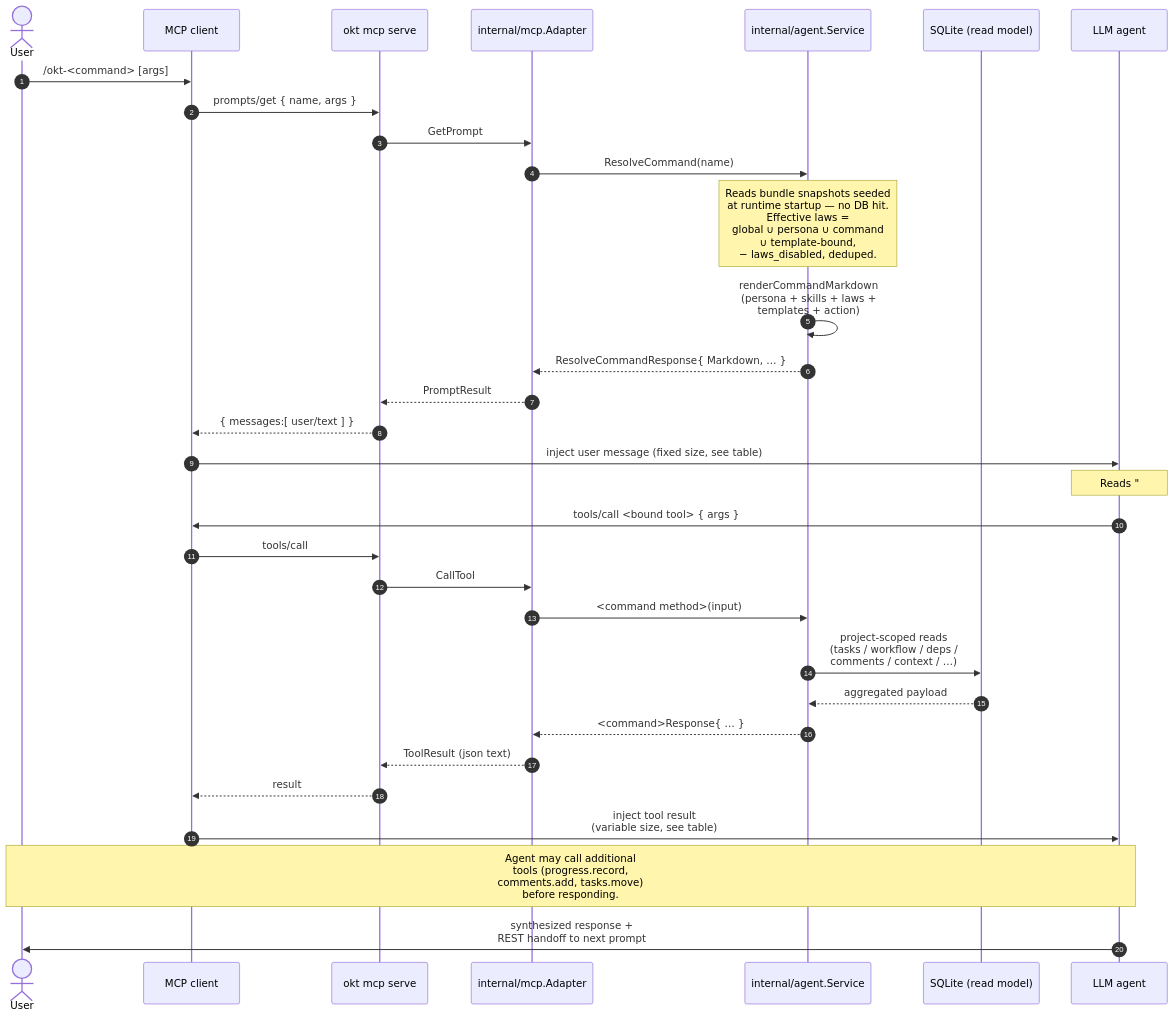
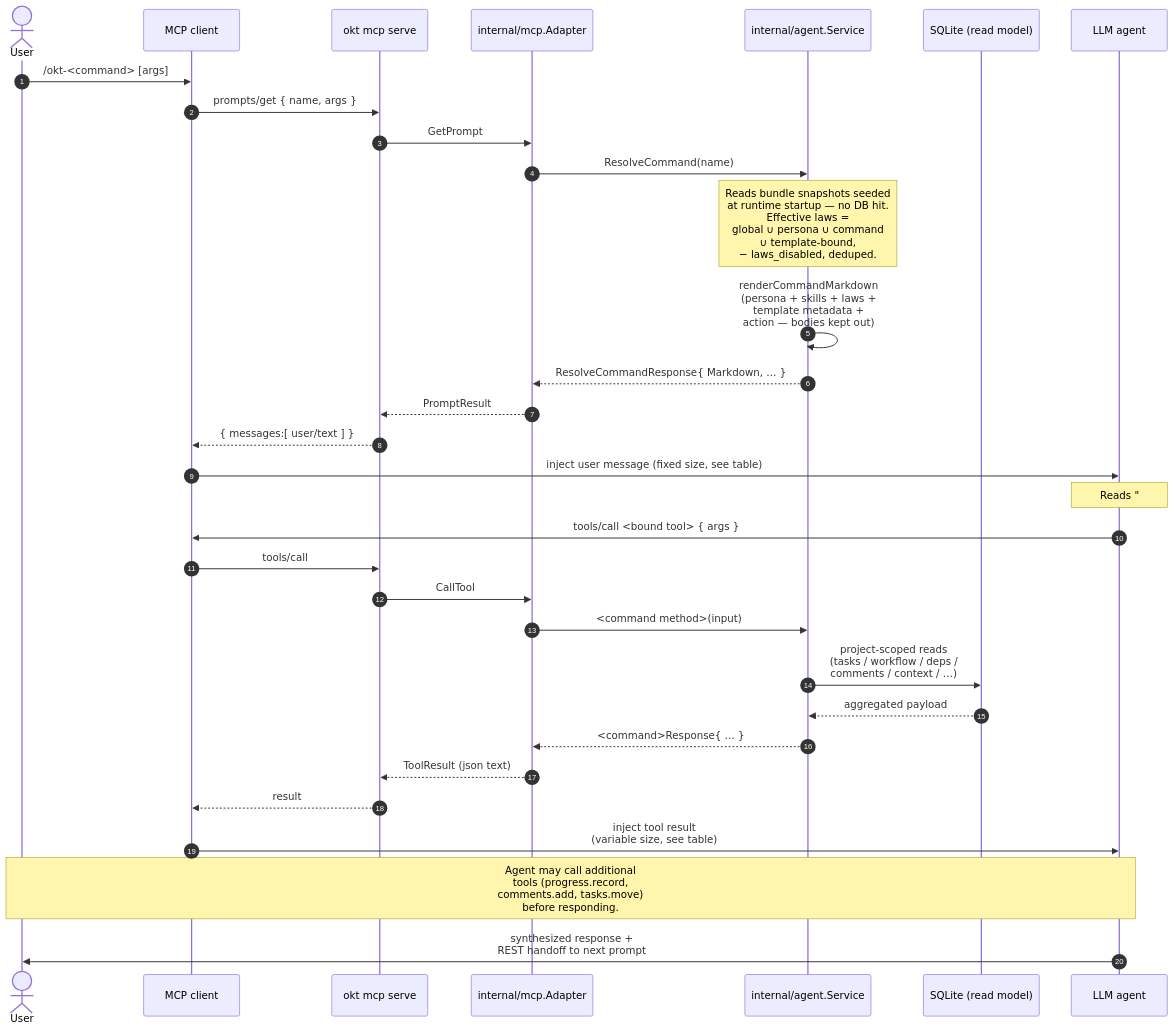
One commit to This-Is-NPC/omakiten changed the diagram in .docs/mcp-guide.md. Above: the diagram before and after it, drawn with Mermaid. The commit also changed other lines of this file and 3 other files, not shown here.

First line of the commit message:
docs: add micro-examples to laws and explain JIT template pattern

````diff
--- a/.docs/mcp-guide.md
+++ b/.docs/mcp-guide.md
@@ -141,42 +141,42 @@
 ```mermaid
 sequenceDiagram
     autonumber
     actor User
     participant Client as MCP client
     participant Server as okt mcp serve
     participant Adapter as internal/mcp.Adapter
     participant Service as internal/agent.Service
     participant Store as SQLite (read model)
     participant Agent as LLM agent
 
     User->>Client: /okt-<command> [args]
     Client->>Server: prompts/get { name, args }
     Server->>Adapter: GetPrompt
     Adapter->>Service: ResolveCommand(name)
 
     Note over Service: Reads bundle snapshots seeded<br/>at runtime startup — no DB hit.<br/>Effective laws =<br/>global ∪ persona ∪ command<br/>∪ template-bound,<br/>− laws_disabled, deduped.
 
-    Service->>Service: renderCommandMarkdown<br/>(persona + skills + laws +<br/>templates + action)
+    Service->>Service: renderCommandMarkdown<br/>(persona + skills + laws +<br/>template metadata +<br/>action — bodies kept out)
     Service-->>Adapter: ResolveCommandResponse{ Markdown, … }
     Adapter-->>Server: PromptResult
     Server-->>Client: { messages:[ user/text ] }
     Client->>Agent: inject user message (fixed size, see table)
 
     Note over Agent: Reads "## Action" block,<br/>decides which tool(s) to call.
 
     Agent->>Client: tools/call <bound tool> { args }
     Client->>Server: tools/call
     Server->>Adapter: CallTool
     Adapter->>Service: <command method>(input)
 
     Service->>Store: project-scoped reads<br/>(tasks / workflow / deps /<br/>comments / context / …)
     Store-->>Service: aggregated payload
     Service-->>Adapter: <command>Response{ … }
     Adapter-->>Server: ToolResult (json text)
     Server-->>Client: result
     Client->>Agent: inject tool result<br/>(variable size, see table)
 
     Note over Agent,User: Agent may call additional<br/>tools (progress.record,<br/>comments.add, tasks.move)<br/>before responding.
 
     Agent->>User: synthesized response +<br/>REST handoff to next prompt
 ```
````
